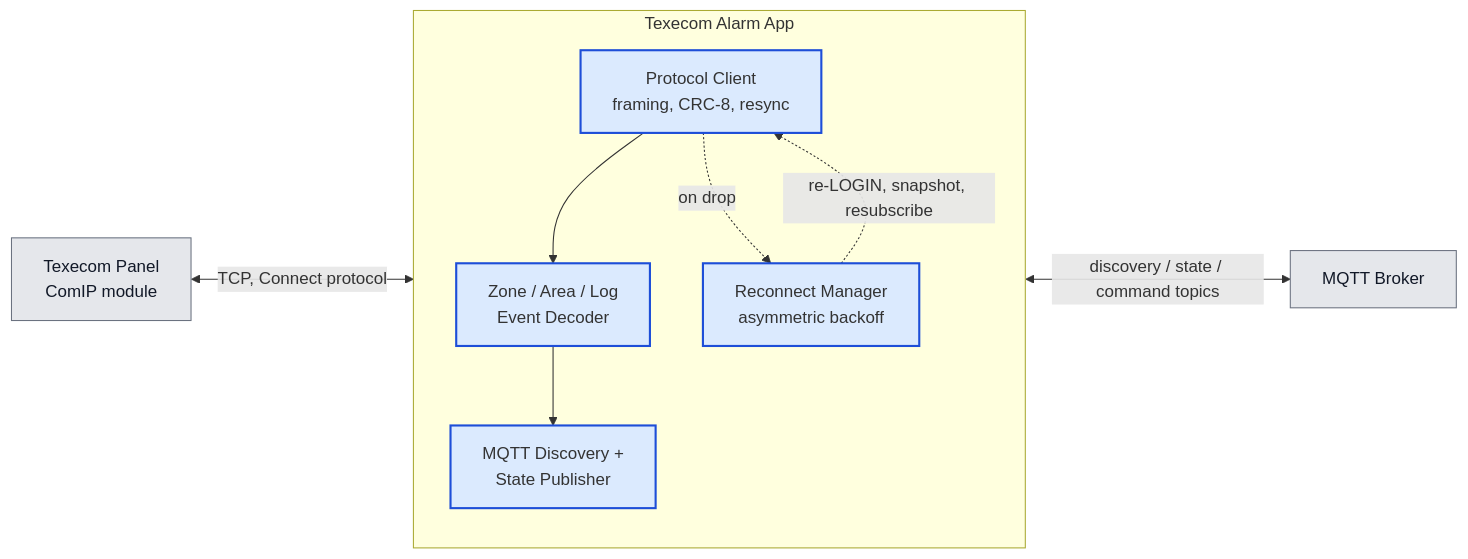
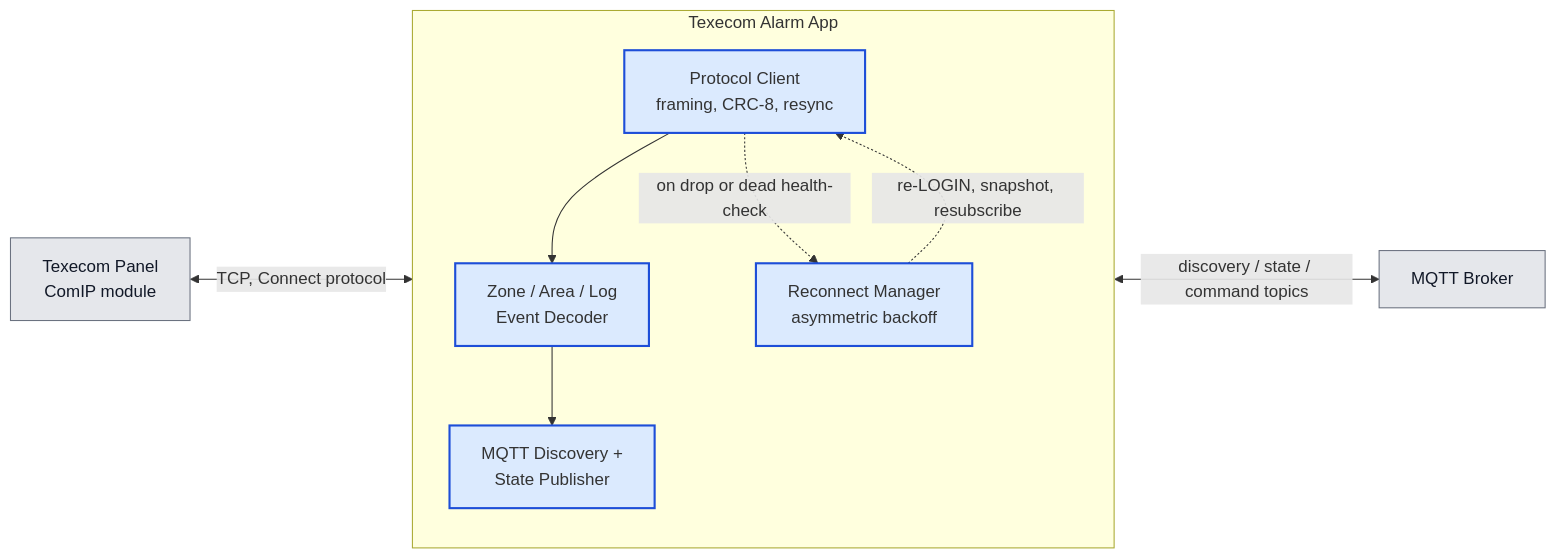
Before and after one commit to michaelmarconi/texecom_alarm: the second of 7 diagrams in docs/architecture.md, drawn with Mermaid. The commit also changed other lines of this file and 2 other files, not shown here.

First line of the commit message:
docs: ADR-012 Python 3, constitute, and fold session heal into architecture.

````diff
--- a/docs/architecture.md
+++ b/docs/architecture.md
@@ -132,22 +142,22 @@
 ```mermaid
 flowchart LR
     subgraph App["Texecom Alarm App"]
         direction TB
         Client["Protocol Client<br/>framing, CRC-8, resync"]:::owned
         Decoder["Zone / Area / Log<br/>Event Decoder"]:::owned
         Reconnect["Reconnect Manager<br/>asymmetric backoff"]:::owned
         Publisher["MQTT Discovery +<br/>State Publisher"]:::owned
     end
     Panel["Texecom Panel<br/>ComIP module"]:::external
     Broker[MQTT Broker]:::external
 
     Panel <-->|TCP, Connect protocol| Client
     Client --> Decoder
     Decoder --> Publisher
-    Client -.->|on drop| Reconnect
+    Client -.->|on drop or dead health-check| Reconnect
     Reconnect -.->|re-LOGIN, snapshot, resubscribe| Client
     Publisher <-->|discovery / state / command topics| Broker
 
     classDef owned fill:#dbeafe,stroke:#1d4ed8,stroke-width:2px
     classDef external fill:#e5e7eb,stroke:#6b7280,color:#111827
 ```
````
